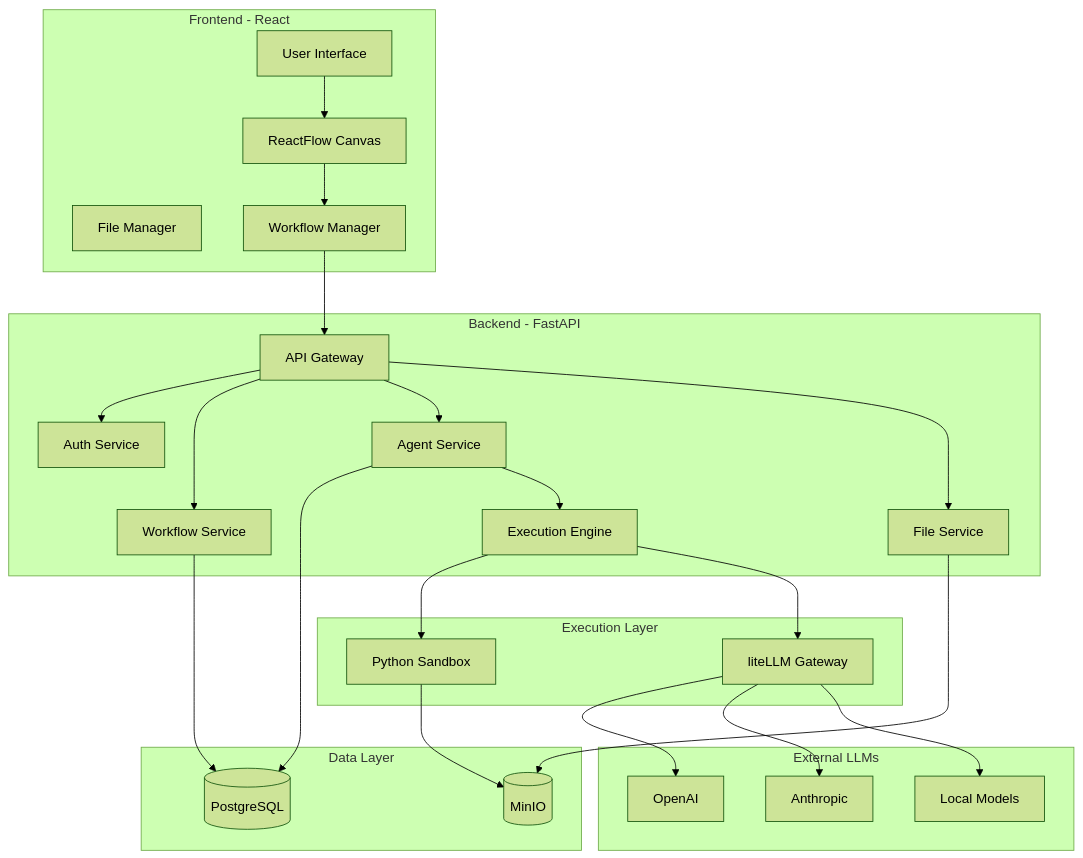
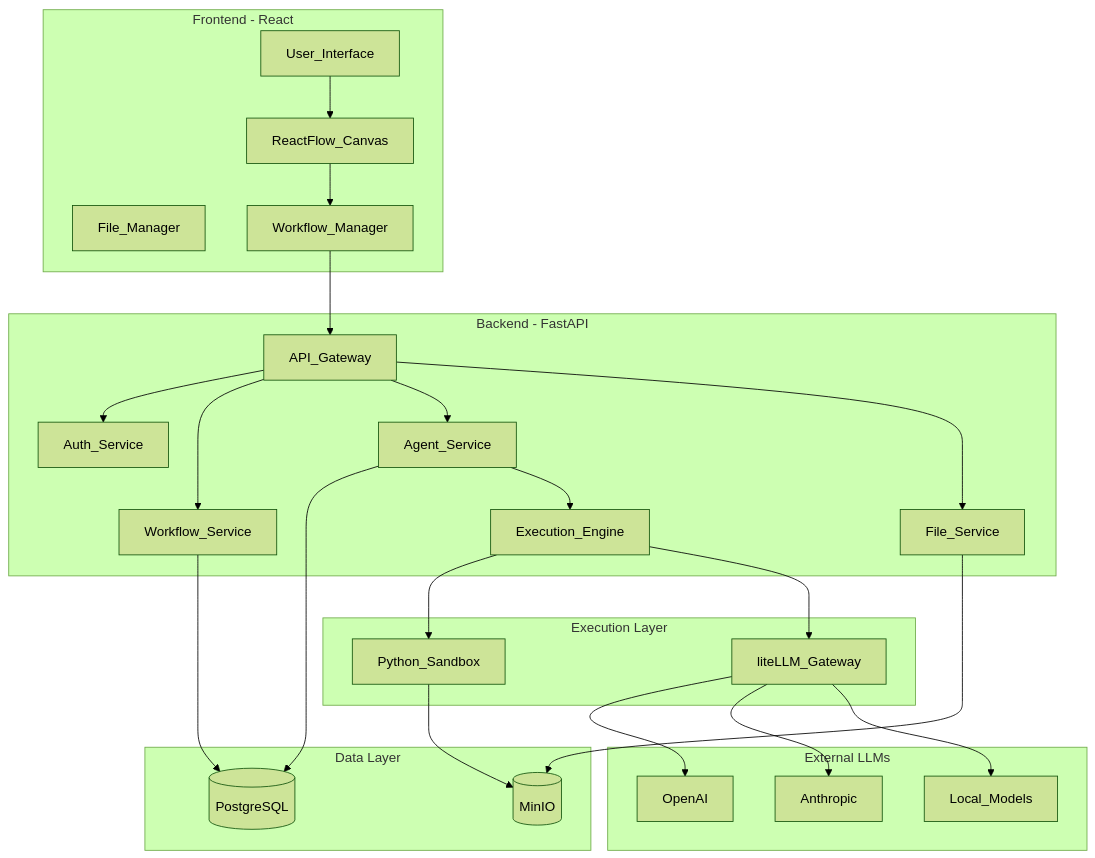
One commit to robertrittmuller/workerbee changed the first of 7 diagrams in plans/workerbee-architecture.md. Above: the diagram before and after it, drawn with Mermaid (forest theme). The commit also changed other lines of this file, not shown here.

````diff
--- a/plans/workerbee-architecture.md
+++ b/plans/workerbee-architecture.md
@@ -23,56 +23,56 @@
 ```mermaid
 flowchart TB
     subgraph Client [Frontend - React]
-        UI[User Interface]
-        RF[ReactFlow Canvas]
-        FM[File Manager]
-        WM[Workflow Manager]
+        UI[User_Interface]
+        RF[ReactFlow_Canvas]
+        FM[File_Manager]
+        WM[Workflow_Manager]
     end
     
     subgraph API [Backend - FastAPI]
-        GW[API Gateway]
-        Auth[Auth Service]
-        WF[Workflow Service]
-        AG[Agent Service]
-        FILE[File Service]
-        EXEC[Execution Engine]
+        GW[API_Gateway]
+        Auth[Auth_Service]
+        WF[Workflow_Service]
+        AG[Agent_Service]
+        FILE[File_Service]
+        EXEC[Execution_Engine]
     end
     
     subgraph Storage [Data Layer]
         PG[(PostgreSQL)]
         MINIO[(MinIO)]
     end
     
     subgraph Compute [Execution Layer]
-        SANDBOX[Python Sandbox]
-        LLM[liteLLM Gateway]
+        SANDBOX[Python_Sandbox]
+        LLM[liteLLM_Gateway]
     end
     
     subgraph External [External LLMs]
         OPENAI[OpenAI]
         ANTHROPIC[Anthropic]
-        LOCAL[Local Models]
+        LOCAL[Local_Models]
     end
     
     UI --> RF
     RF --> WM
     WM --> GW
     GW --> Auth
     GW --> WF
     GW --> AG
     GW --> FILE
     
     WF --> PG
     AG --> PG
     FILE --> MINIO
     
     AG --> EXEC
     EXEC --> SANDBOX
     EXEC --> LLM
     
     LLM --> OPENAI
     LLM --> ANTHROPIC
     LLM --> LOCAL
     
     SANDBOX --> MINIO
 ```
````
